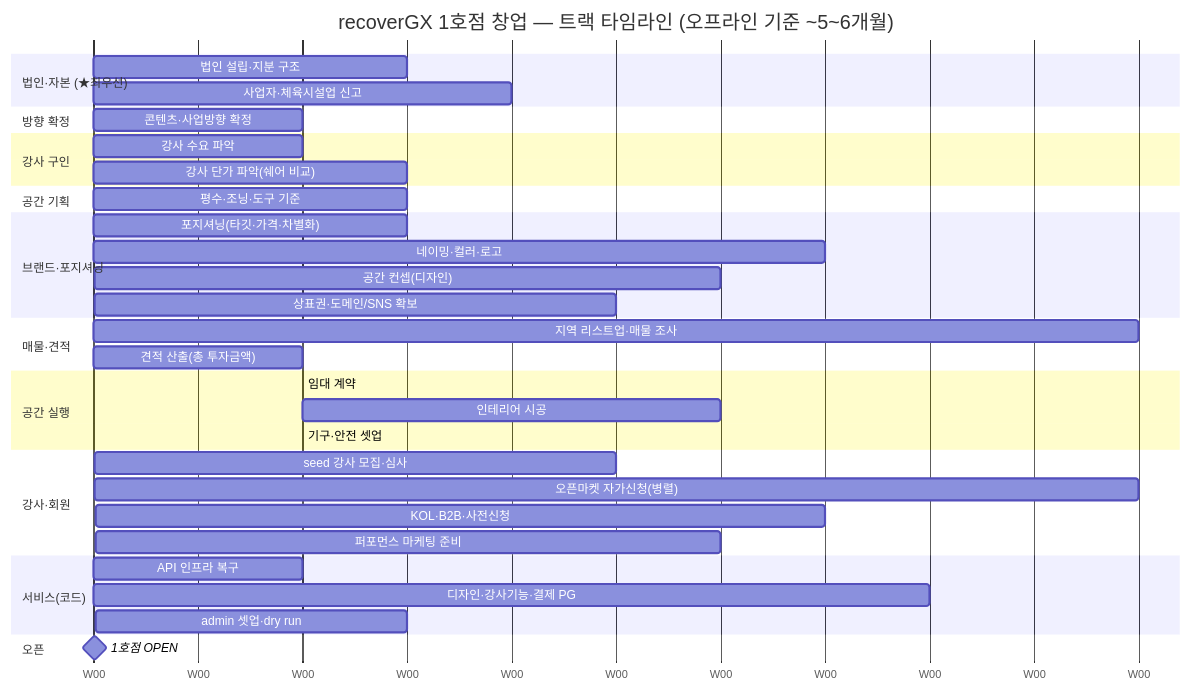
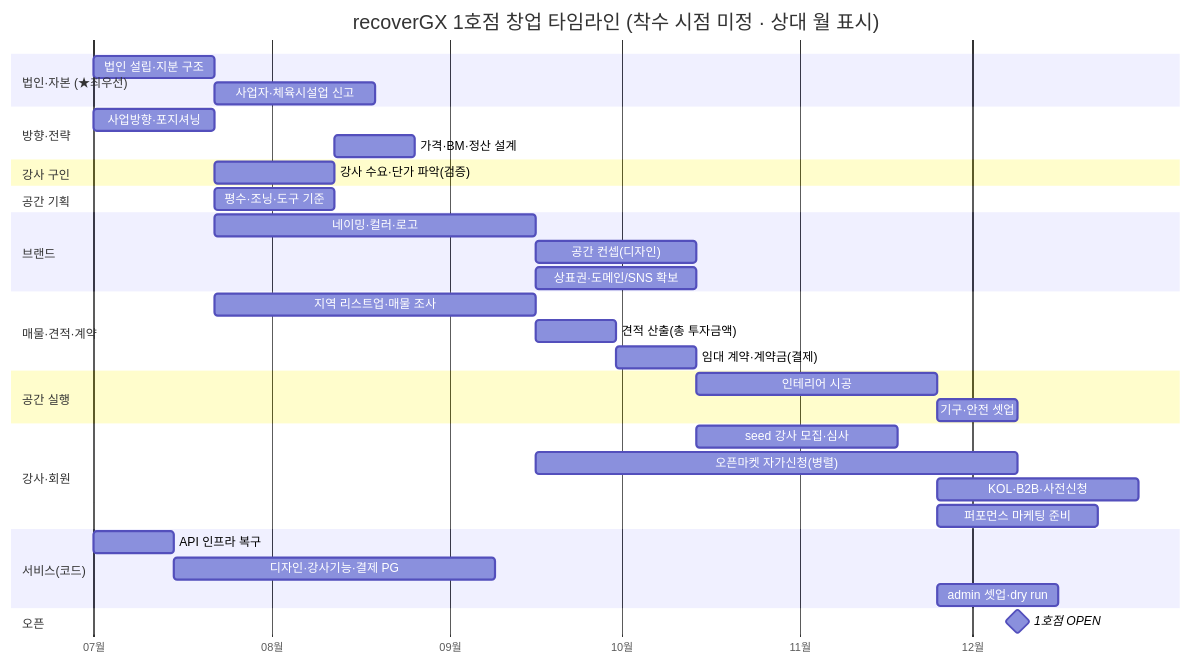
The first of 2 diagrams in operations/tech-tree.md (Young-000/pt-platform-docs), drawn with Mermaid before and after one commit. The commit also changed other lines of this file, not shown here.

Commit message:
docs(tech-tree): 실행순서 5웨이브 + 포지셔닝→방향·가격BM 추가 + 시공=매물·견적·결제·시공 체인 + gantt 월축 정리 + 강사 검증/확보 구분

````diff
--- a/operations/tech-tree.md
+++ b/operations/tech-tree.md
@@ -17,49 +17,49 @@
 ```mermaid
 gantt
-    title recoverGX 1호점 창업 — 트랙 타임라인 (오프라인 기준 ~5~6개월)
-    dateFormat X
-    axisFormat W%W
+    title recoverGX 1호점 창업 타임라인 (착수 시점 미정 · 상대 월 표시)
+    dateFormat YYYY-MM-DD
+    axisFormat %m월
+    tickInterval 1month
 
     section 법인·자본 (★최우선)
-    법인 설립·지분 구조         :c0, 0, 3
-    사업자·체육시설업 신고       :c1, 3, 4
+    법인 설립·지분 구조         :c0, 2026-07-01, 3w
+    사업자·체육시설업 신고       :c1, after c0, 4w
 
-    section 방향 확정
-    콘텐츠·사업방향 확정        :d0, 0, 2
+    section 방향·전략
+    사업방향·포지셔닝           :d0, 2026-07-01, 3w
+    가격·BM·정산 설계          :d1, after m1, 2w
 
     section 강사 구인
-    강사 수요 파악             :m1, 2, 2
-    강사 단가 파악(쉐어 비교)   :m2, 2, 3
+    강사 수요·단가 파악(검증)    :m1, after d0, 3w
 
     section 공간 기획
-    평수·조닝·도구 기준         :g1, 2, 3
+    평수·조닝·도구 기준         :g1, after d0, 3w
 
-    section 브랜드·포지셔닝
-    포지셔닝(타깃·가격·차별화)   :b0, 2, 3
-    네이밍·컬러·로고            :b1, 4, 7
-    공간 컨셉(디자인)           :b2, 8, 6
-    상표권·도메인/SNS 확보       :b3, 8, 5
+    section 브랜드
+    네이밍·컬러·로고            :b1, after d0, 8w
+    공간 컨셉(디자인)           :b2, after b1, 4w
+    상표권·도메인/SNS 확보       :b3, after b1, 4w
 
-    section 매물·견적
-    지역 리스트업·매물 조사      :r1, 2, 10
-    견적 산출(총 투자금액)       :r2, 2, 2
+    section 매물·견적·계약
+    지역 리스트업·매물 조사      :r1, after d0, 8w
+    견적 산출(총 투자금액)       :r2, after r1, 2w
+    임대 계약·계약금(결제)       :s1, after r2, 2w
 
     section 공간 실행
-    임대 계약                  :s1, after r1, 2
-    인테리어 시공              :s2, after s1, 6
-    기구·안전 셋업             :s3, after s2, 2
+    인테리어 시공              :s2, after s1, 6w
+    기구·안전 셋업             :s3, after s2, 2w
 
     section 강사·회원
-    seed 강사 모집·심사         :m3, 14, 5
-    오픈마켓 자가신청(병렬)      :m4, 12, 10
-    KOL·B2B·사전신청           :u1, 16, 7
-    퍼포먼스 마케팅 준비         :u2, 18, 6
+    seed 강사 모집·심사         :m3, after s1, 5w
+    오픈마켓 자가신청(병렬)      :m4, after b1, 12w
+    KOL·B2B·사전신청           :u1, after s2, 5w
+    퍼포먼스 마케팅 준비         :u2, after s2, 4w
 
     section 서비스(코드)
-    API 인프라 복구            :p1, 0, 2
-    디자인·강사기능·결제 PG     :p2, 2, 8
-    admin 셋업·dry run         :p3, 20, 3
+    API 인프라 복구            :p1, 2026-07-01, 2w
+    디자인·강사기능·결제 PG     :p2, after p1, 8w
+    admin 셋업·dry run         :p3, after s2, 3w
 
     section 오픈
-    1호점 OPEN                :milestone, open, 24, 0
+    1호점 OPEN                :milestone, open, after s3, 0d
 ```
````
